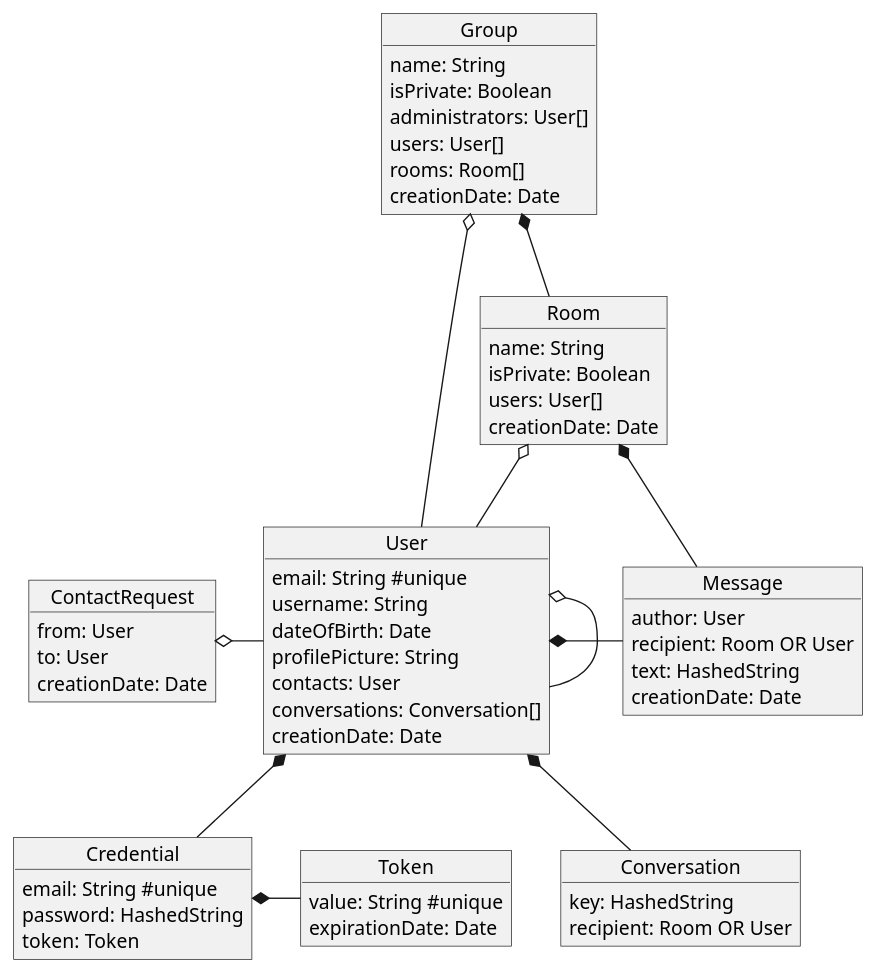
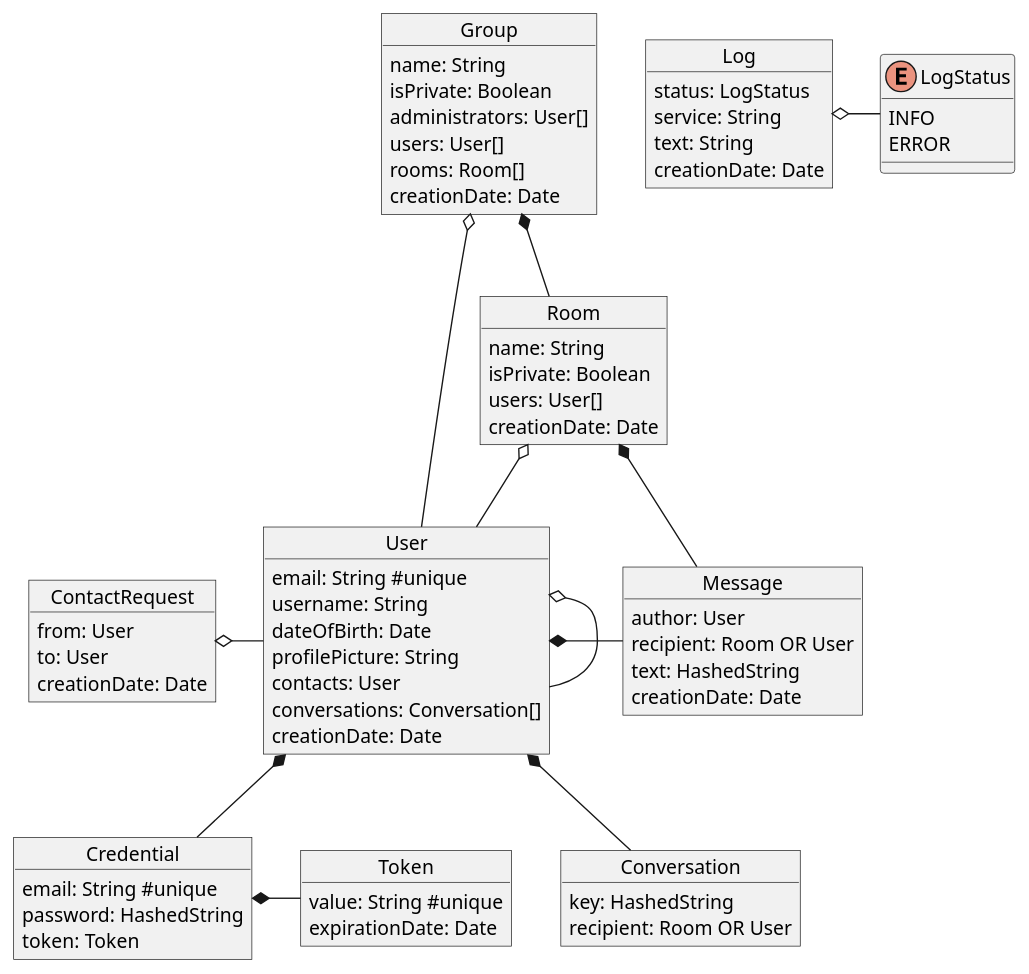
Before and after one commit to MacBootglass/casanova: the diagram in docs/models.puml, drawn with PlantUML. The commit also changed 1 other file, not shown here.

Commit message:
Add logging service in doc

```diff
--- a/docs/models.puml
+++ b/docs/models.puml
@@ -1,67 +1,80 @@
 @startuml
   object Credential {
     email: String #unique
     password: HashedString
     token: Token
   }
 
   object Token {
     value: String #unique
     expirationDate: Date
   }
 
   object User {
     email: String #unique
     username: String
     dateOfBirth: Date
     profilePicture: String
     contacts: User
     conversations: Conversation[]
     creationDate: Date
   }
 
   object Conversation {
     key: HashedString
     recipient: Room OR User
   }
 
   object ContactRequest {
     from: User
     to: User
     creationDate: Date
   }
 
   object Group {
     name: String
     isPrivate: Boolean
     administrators: User[]
     users: User[]
     rooms: Room[]
     creationDate: Date
   }
 
   object Room {
     name: String
     isPrivate: Boolean
     users: User[]
     creationDate: Date
   }
 
   object Message {
     author: User
     recipient: Room OR User
     text: HashedString
     creationDate: Date
   }
 
+  enum LogStatus {
+    INFO
+    ERROR
+  }
+
+  object Log {
+    status: LogStatus
+    service: String
+    text: String
+    creationDate: Date
+  }
+
   User *-- Credential
   User *-- Conversation
   Credential *- Token
   Group *-- Room
   Group o- User
   Room o-- User
   User *- Message
   Room *- Message
   ContactRequest o- User
   User o- User
+  Log o- LogStatus
 @enduml
```
